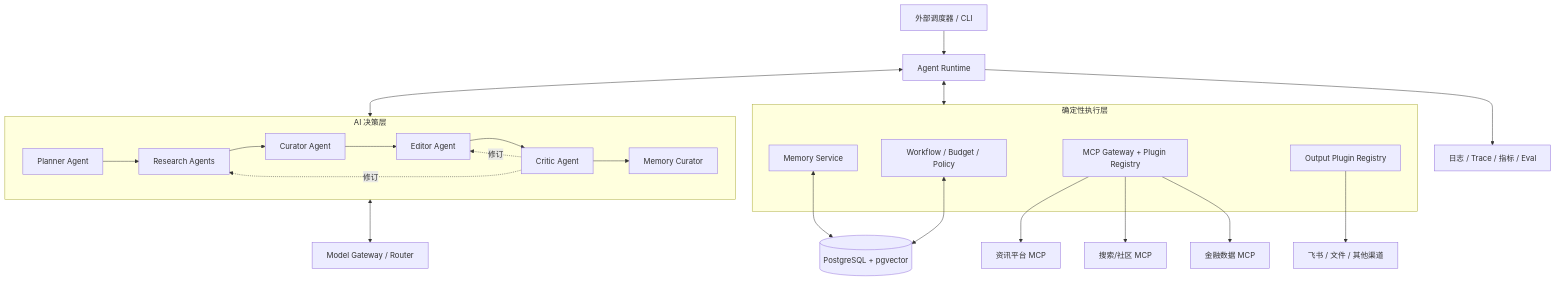
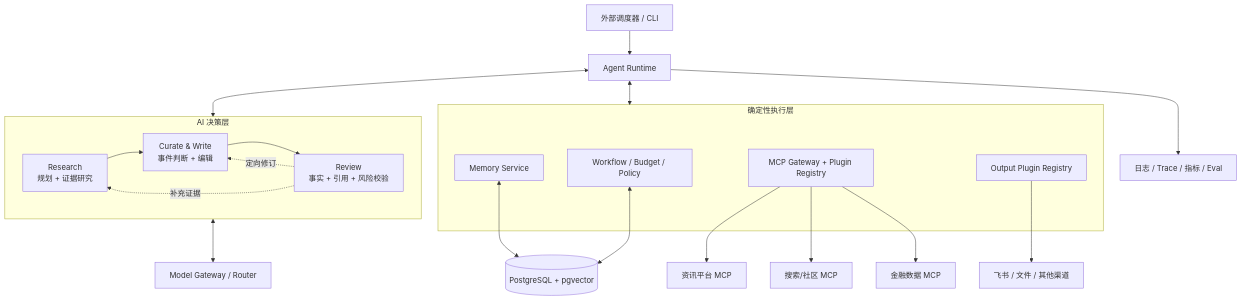
One commit to liuxzzz/finance-ai-news-agent changed the first of 4 diagrams in docs/technical-design.md. Above: the diagram before and after it, drawn with Mermaid. The commit also changed other lines of this file and 15 other files, not shown here.

````diff
--- a/docs/technical-design.md
+++ b/docs/technical-design.md
@@ -111,36 +111,32 @@
 ```mermaid
 flowchart TB
     S[外部调度器 / CLI] --> RT[Agent Runtime]
 
     subgraph AI["AI 决策层"]
-      PA[Planner Agent]
-      RA[Research Agents]
-      CA[Curator Agent]
-      EA[Editor Agent]
-      QA[Critic Agent]
-      MA[Memory Curator]
-      PA --> RA --> CA --> EA --> QA
-      QA -.修订.-> RA
-      QA -.修订.-> EA
-      QA --> MA
+      RA[Research<br/>规划 + 证据研究]
+      CW[Curate & Write<br/>事件判断 + 编辑]
+      RV[Review<br/>事实 + 引用 + 风险校验]
+      RA --> CW --> RV
+      RV -.补充证据.-> RA
+      RV -.定向修订.-> CW
     end
 
     RT <--> AI
     AI <--> MG[Model Gateway / Router]
 
     subgraph Runtime["确定性执行层"]
       WF[Workflow / Budget / Policy]
       MCP[MCP Gateway + Plugin Registry]
       OUT[Output Plugin Registry]
       MEM[Memory Service]
     end
 
     RT <--> Runtime
     MCP --> P1[资讯平台 MCP]
     MCP --> P2[搜索/社区 MCP]
     MCP --> P3[金融数据 MCP]
     OUT --> P4[飞书 / 文件 / 其他渠道]
     MEM <--> DB[(PostgreSQL + pgvector)]
     WF <--> DB
     RT --> OBS[日志 / Trace / 指标 / Eval]
 ```
````
